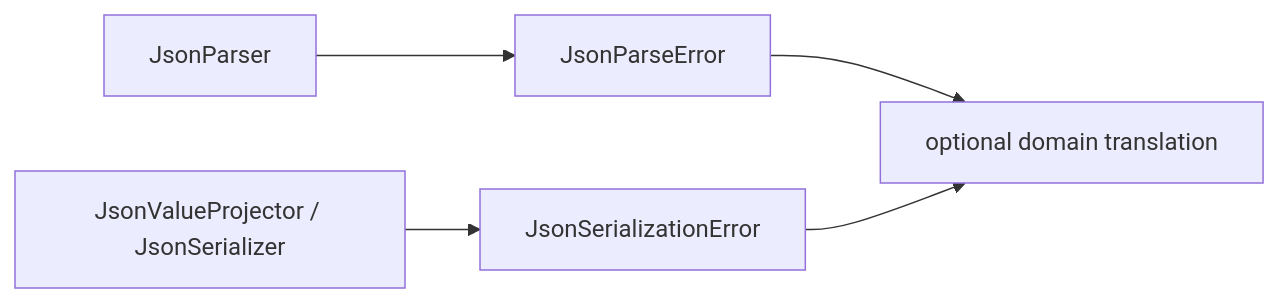
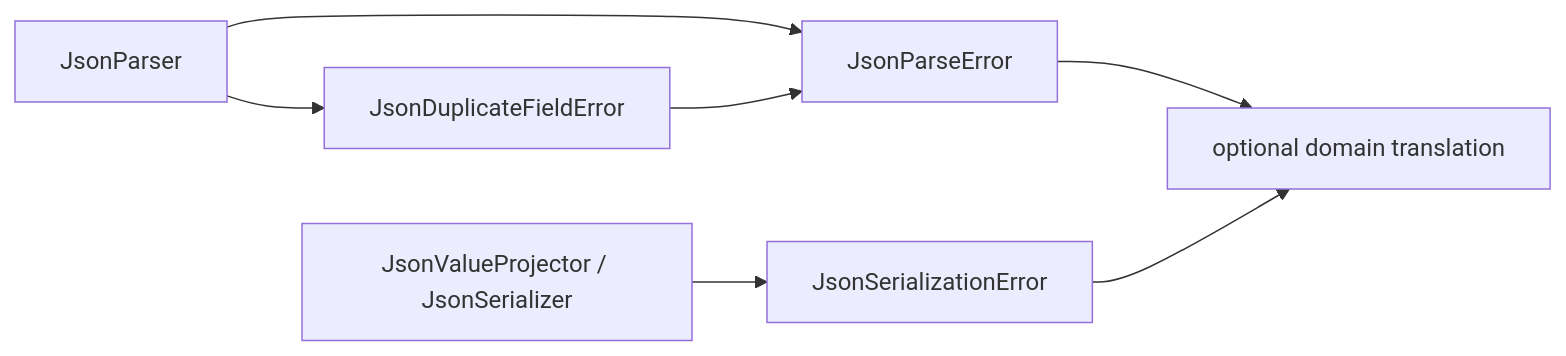
One commit to eragasa/projectkoios-ingestion changed the diagram in docs/architecture/projectkoios/ingestion/json/error/schematic.md. Above: the diagram before and after it, drawn with Mermaid. The commit also changed 210 other files, not shown here.

````diff
--- a/docs/architecture/projectkoios/ingestion/json/error/schematic.md
+++ b/docs/architecture/projectkoios/ingestion/json/error/schematic.md
@@ -3,11 +3,13 @@
 ```mermaid
 flowchart LR
     Parse["JsonParser"]
     Serialize["JsonValueProjector / JsonSerializer"]
     ParseError["JsonParseError"]
+    DuplicateError["JsonDuplicateFieldError"]
     SerializationError["JsonSerializationError"]
     Domain["optional domain translation"]
 
     Parse --> ParseError --> Domain
+    Parse --> DuplicateError --> ParseError
     Serialize --> SerializationError --> Domain
 ```
````
